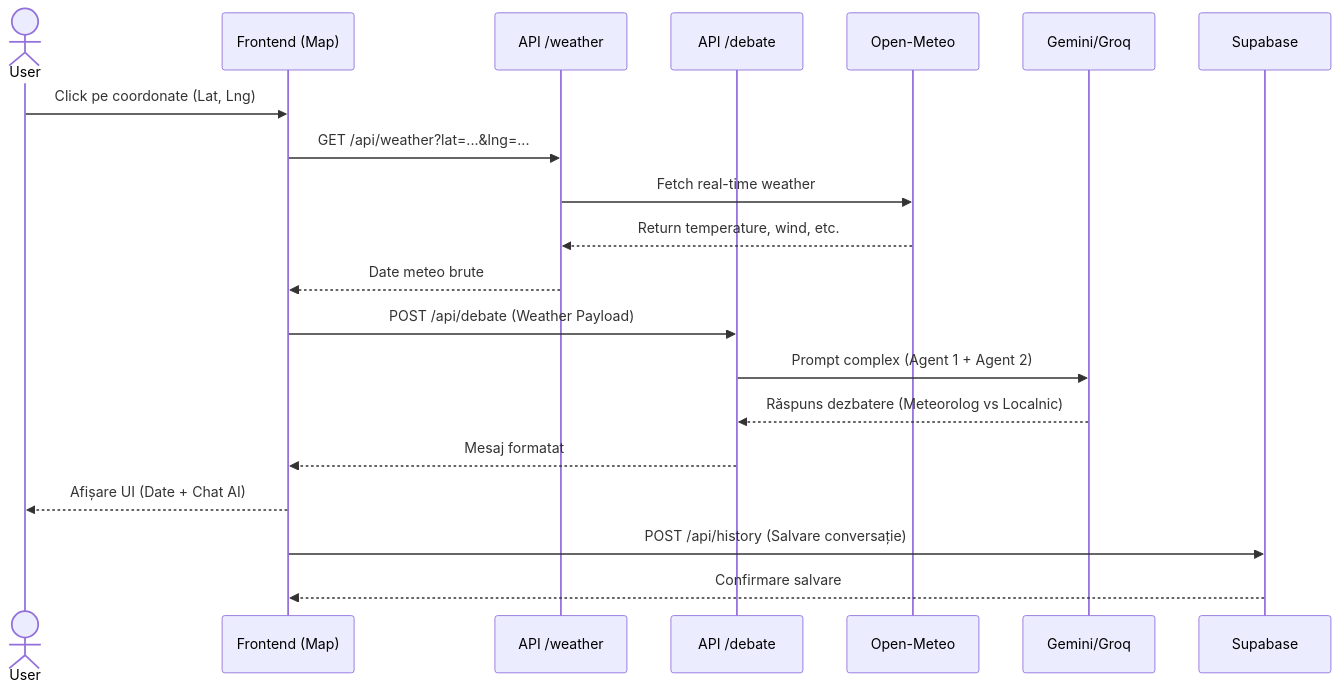
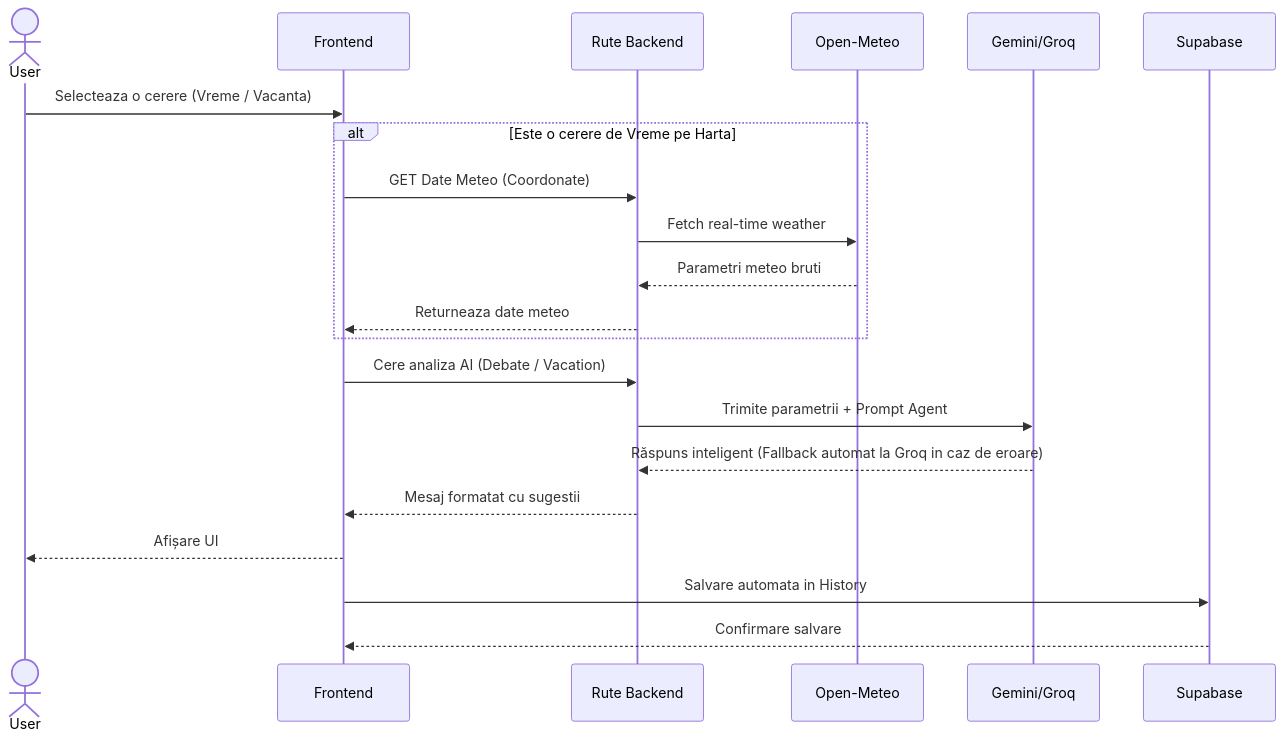
Before and after one commit to anca786/StormTalk: the second of 3 diagrams in docs/architecture.md, drawn with Mermaid. The commit also changed other lines of this file, not shown here.

Commit message:
docs: fix mermaid syntax in architecture and emphasize both agents

````diff
--- a/docs/architecture.md
+++ b/docs/architecture.md
@@ -51,26 +51,28 @@
 ```mermaid
 sequenceDiagram
     actor User
-    participant Client as Frontend (Map)
-    participant Weather as API /weather
-    participant AI as API /debate
+    participant Client as Frontend
+    participant API as Rute Backend
     participant ExtMeteo as Open-Meteo
     participant ExtLLM as Gemini/Groq
     participant DB as Supabase
 
-    User->>Client: Click pe coordonate (Lat, Lng)
-    Client->>Weather: GET /api/weather?lat=...&lng=...
-    Weather->>ExtMeteo: Fetch real-time weather
-    ExtMeteo-->>Weather: Return temperature, wind, etc.
-    Weather-->>Client: Date meteo brute
+    User->>Client: Selecteaza o cerere (Vreme / Vacanta)
     
-    Client->>AI: POST /api/debate (Weather Payload)
-    AI->>ExtLLM: Prompt complex (Agent 1 + Agent 2)
-    ExtLLM-->>AI: Răspuns dezbatere (Meteorolog vs Localnic)
-    AI-->>Client: Mesaj formatat
+    alt Este o cerere de Vreme pe Harta
+        Client->>API: GET Date Meteo (Coordonate)
+        API->>ExtMeteo: Fetch real-time weather
+        ExtMeteo-->>API: Parametri meteo bruti
+        API-->>Client: Returneaza date meteo
+    end
+    
+    Client->>API: Cere analiza AI (Debate / Vacation)
+    API->>ExtLLM: Trimite parametrii + Prompt Agent
+    ExtLLM-->>API: Răspuns inteligent (Fallback automat la Groq in caz de eroare)
+    API-->>Client: Mesaj formatat cu sugestii
 
-    Client-->>User: Afișare UI (Date + Chat AI)
+    Client-->>User: Afișare UI
     
-    Client->>DB: POST /api/history (Salvare conversație)
+    Client->>DB: Salvare automata in History
     DB-->>Client: Confirmare salvare
 ```
````
